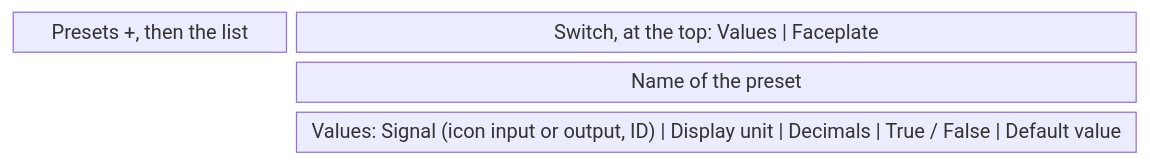
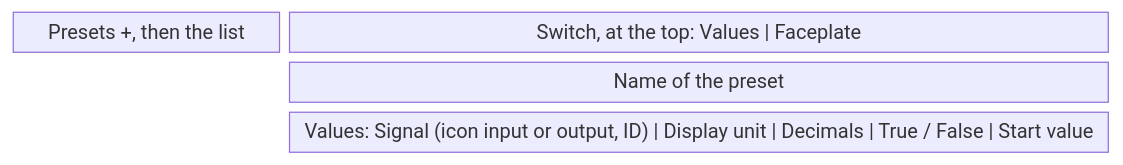
Before and after one commit to AlexandreGallais/synoptic-studio-spec: the tenth of 16 diagrams in screens/metadata.md, drawn with Mermaid. The commit also changed other lines of this file and 19 other files, not shown here.

First line of the commit message:
docs: confirm designation and rename default_value to start_value

````diff
--- a/screens/metadata.md
+++ b/screens/metadata.md
@@ -346,7 +346,7 @@
 ```mermaid
 block-beta
     columns 4
     list["Presets +, then the list"] sw["Switch, at the top: Values | Faceplate"]:3
     space name["Name of the preset"]:3
-    space values["Values: Signal (icon input or output, ID) | Display unit | Decimals | True / False | Default value"]:3
+    space values["Values: Signal (icon input or output, ID) | Display unit | Decimals | True / False | Start value"]:3
 ```
````
